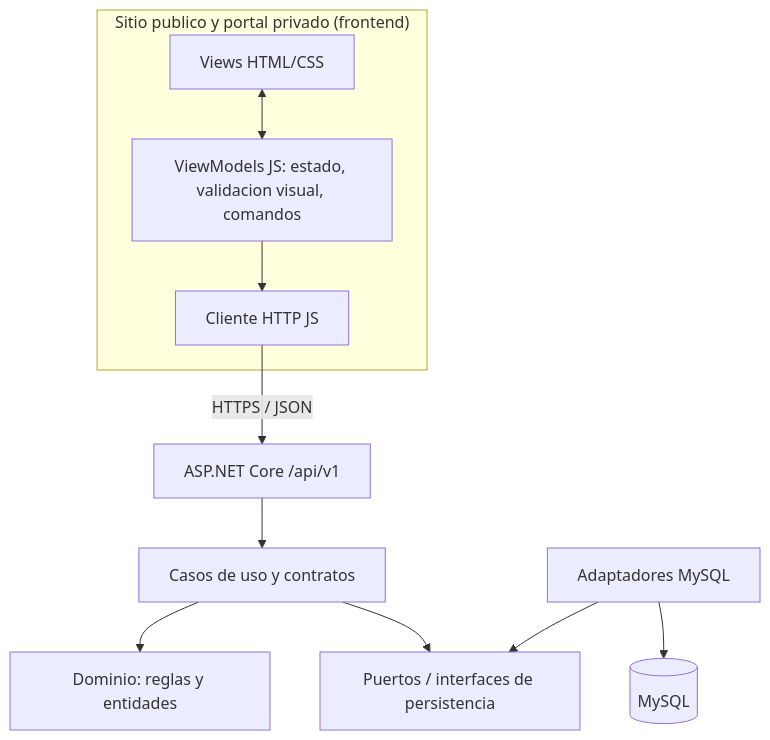
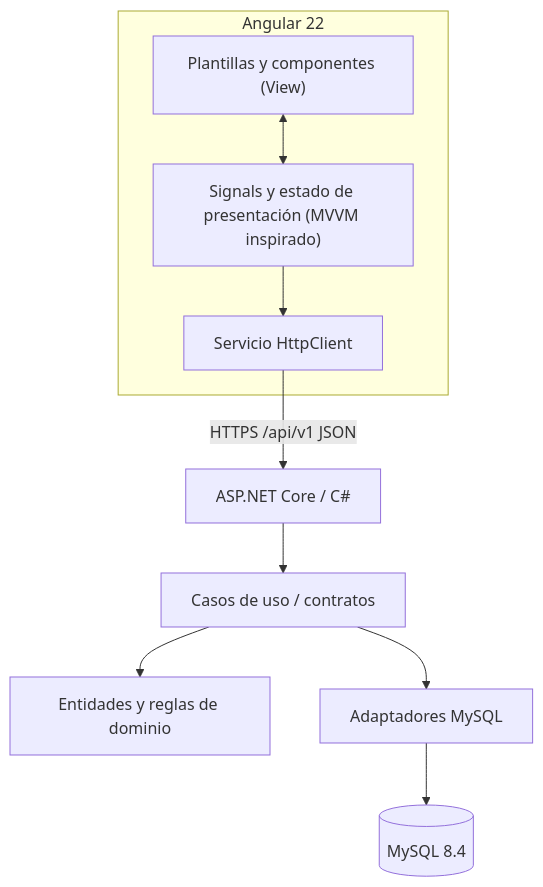
The diagram in docs/mvvm-y-arquitectura.md (iokort/Follow-Motors), drawn with Mermaid before and after one commit. The commit also changed other lines of this file and 12 other files, not shown here.

Commit message:
docs(ci): fijar stack Angular C# MySQL y compilar frontend en PR

````diff
--- a/docs/mvvm-y-arquitectura.md
+++ b/docs/mvvm-y-arquitectura.md
@@ -11,16 +7,15 @@
 ```mermaid
 flowchart TB
-  subgraph Publico["Sitio publico y portal privado (frontend)"]
-    V["Views HTML/CSS"]
-    VM["ViewModels JS: estado, validacion visual, comandos"]
-    APIClient["Cliente HTTP JS"]
+  subgraph FE["Angular 22"]
+    V["Plantillas y componentes (View)"]
+    VM["Signals y estado de presentación (MVVM inspirado)"]
+    HTTP["Servicio HttpClient"]
     V <--> VM
-    VM --> APIClient
+    VM --> HTTP
   end
-  APIClient -->|HTTPS / JSON| HTTP["ASP.NET Core /api/v1"]
-  HTTP --> App["Casos de uso y contratos"]
-  App --> Dom["Dominio: reglas y entidades"]
-  App --> Port["Puertos / interfaces de persistencia"]
-  SQL["Adaptadores MySQL"] --> Port
-  SQL --> DB[("MySQL")]
+  HTTP -->|"HTTPS /api/v1 JSON"| API["ASP.NET Core / C#"]
+  API --> CASE["Casos de uso / contratos"]
+  CASE --> DOM["Entidades y reglas de dominio"]
+  CASE --> REPO["Adaptadores MySQL"]
+  REPO --> DB[("MySQL 8.4")]
 ```
````
